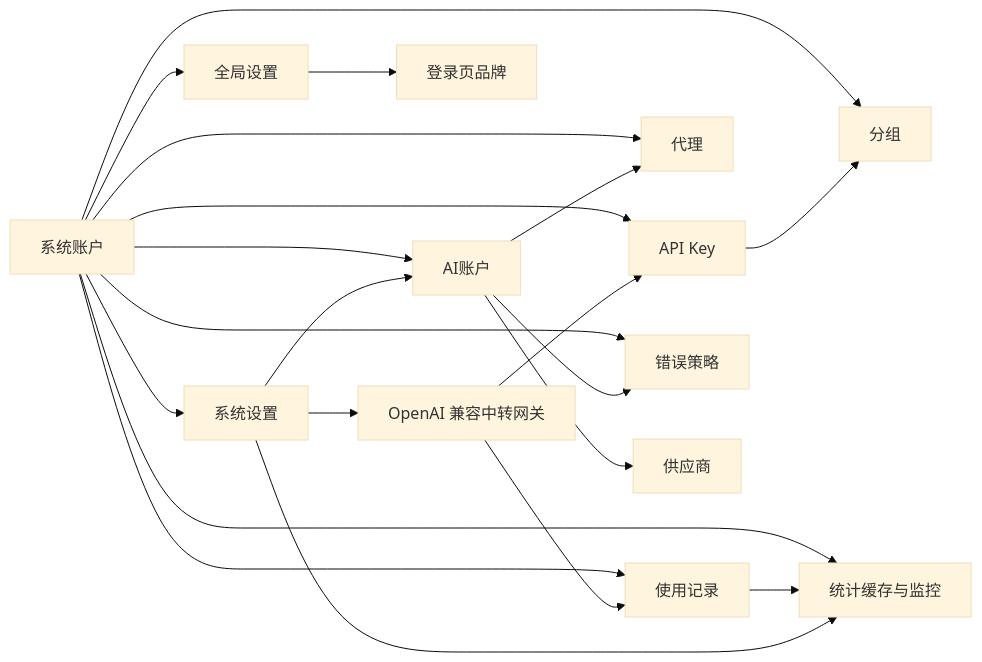
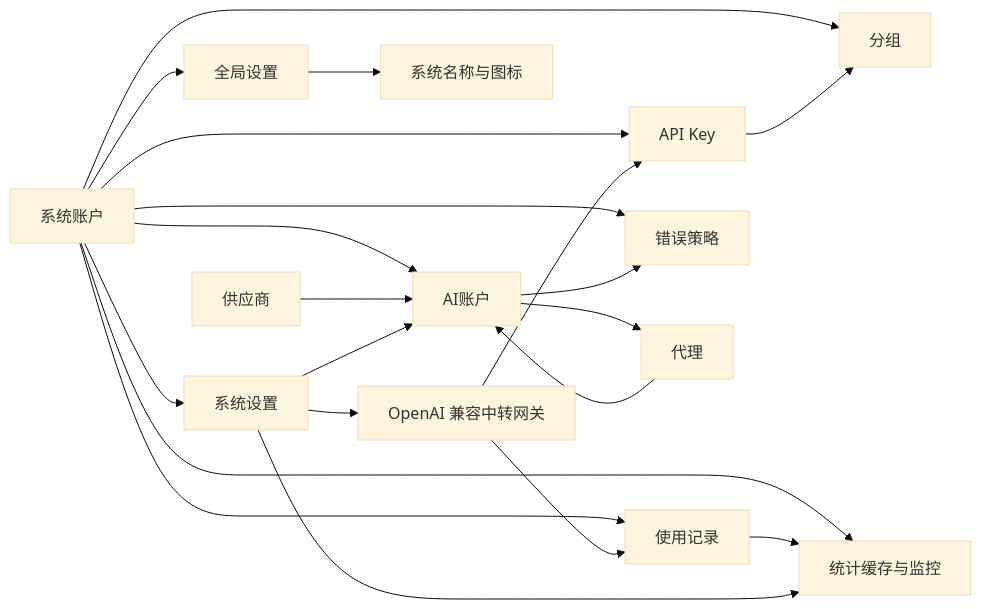
Before and after one commit to huanmin123/juhe-ai: the diagram in docs/architecture.md, drawn with Mermaid (base theme). The commit also changed other lines of this file and 25 other files, not shown here.

````diff
--- a/docs/architecture.md
+++ b/docs/architecture.md
@@ -35,23 +35,23 @@
 ```mermaid
 flowchart LR
   SystemAccount["系统账户"] --> GlobalSettings["全局设置"]
   SystemAccount --> SystemSettings["系统设置"]
   SystemAccount --> AIAccount["AI账户"]
   SystemAccount --> Group["分组"]
   SystemAccount --> APIKey["API Key"]
-  SystemAccount --> Proxy["代理"]
   SystemAccount --> Usage["使用记录"]
   SystemAccount --> Stats["统计缓存与监控"]
   SystemAccount --> ErrorPolicy["错误策略"]
-  GlobalSettings --> LoginBrand["登录页品牌"]
-  AIAccount --> Provider["供应商"]
+  GlobalSettings --> AppBrand["系统名称与图标"]
+  Provider["供应商"] --> AIAccount
+  Proxy["代理"] --> AIAccount
   AIAccount --> Proxy
   AIAccount --> ErrorPolicy
   APIKey --> Group
   Gateway["OpenAI 兼容中转网关"] --> APIKey
   Gateway --> Usage["使用记录"]
   Usage --> Stats["统计缓存与监控"]
   SystemSettings --> Gateway
   SystemSettings --> AIAccount
   SystemSettings --> Stats
 ```
````
